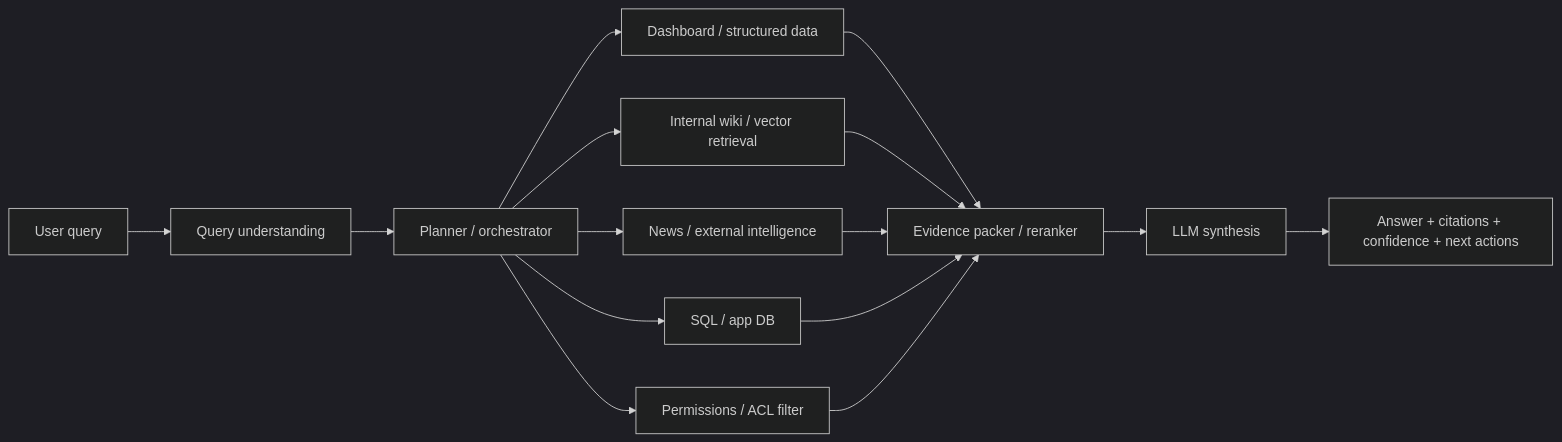
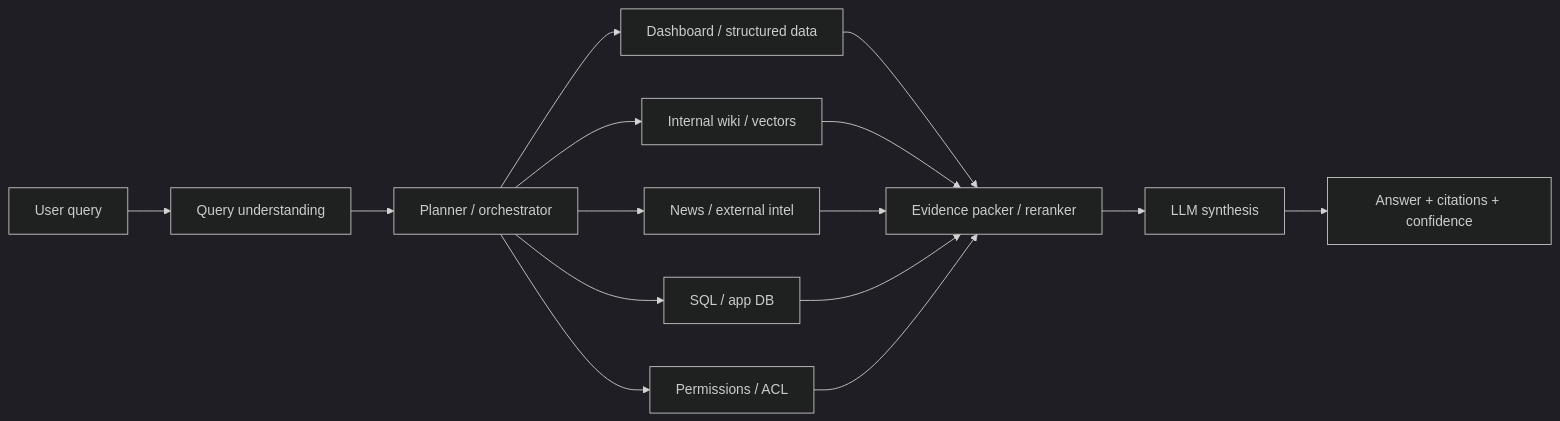
Before and after one commit to tristan419/JATO_Analysis_System: the fourth of 7 diagrams in Markdown_Readme/Fullstack/WORKFLOWS/REPOSITORY_SYSTEM_WORKFLOW.md, drawn with Mermaid (dark theme). The commit also changed other lines of this file and 20 other files, not shown here.

````diff
--- a/Markdown_Readme/Fullstack/WORKFLOWS/REPOSITORY_SYSTEM_WORKFLOW.md
+++ b/Markdown_Readme/Fullstack/WORKFLOWS/REPOSITORY_SYSTEM_WORKFLOW.md
@@ -257,19 +294,19 @@
 ```mermaid
 flowchart LR
   Q[User query] --> A[Query understanding]
   A --> B[Planner / orchestrator]
   B --> C1[Dashboard / structured data]
-  B --> C2[Internal wiki / vector retrieval]
-  B --> C3[News / external intelligence]
+  B --> C2[Internal wiki / vectors]
+  B --> C3[News / external intel]
   B --> C4[SQL / app DB]
-  B --> C5[Permissions / ACL filter]
+  B --> C5[Permissions / ACL]
 
   C1 --> D[Evidence packer / reranker]
   C2 --> D
   C3 --> D
   C4 --> D
   C5 --> D
 
   D --> E[LLM synthesis]
-  E --> F[Answer + citations + confidence + next actions]
+  E --> F[Answer + citations + confidence]
 ```
````
